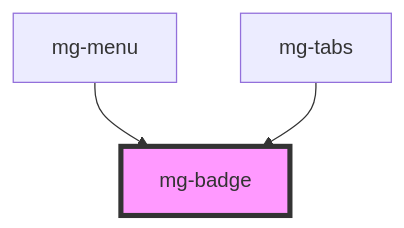
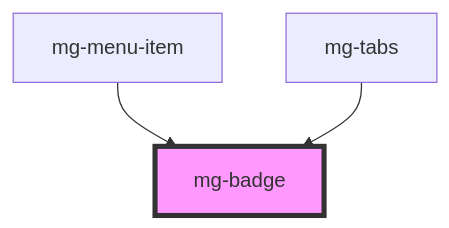
Before and after one commit to MGDIS/mg-components: the diagram in src/components/atoms/mg-badge/readme.md, drawn with Mermaid. The commit also changed other lines of this file and 32 other files, not shown here.

````diff
--- a/src/components/atoms/mg-badge/readme.md
+++ b/src/components/atoms/mg-badge/readme.md
@@ -36,6 +36,6 @@
 ```mermaid
 graph TD;
-  mg-menu --> mg-badge
+  mg-menu-item --> mg-badge
   mg-tabs --> mg-badge
   style mg-badge fill:#f9f,stroke:#333,stroke-width:4px
 ```
````
